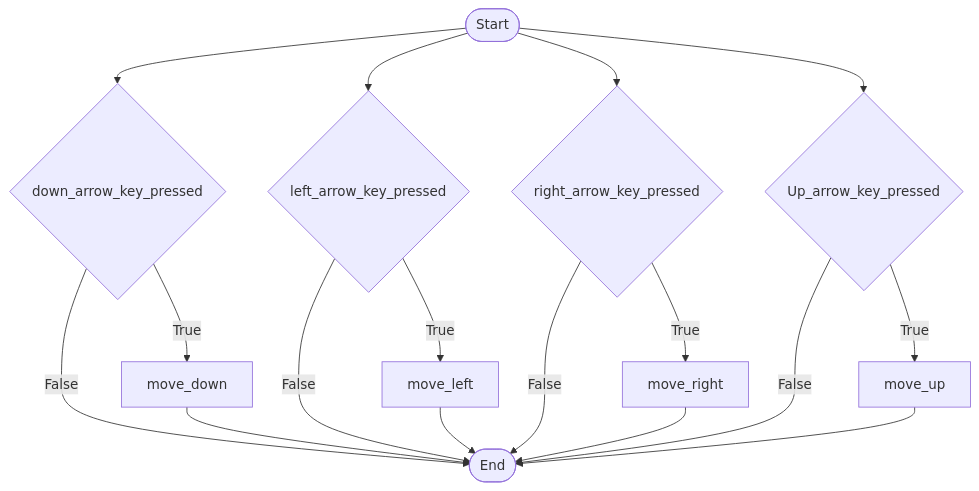
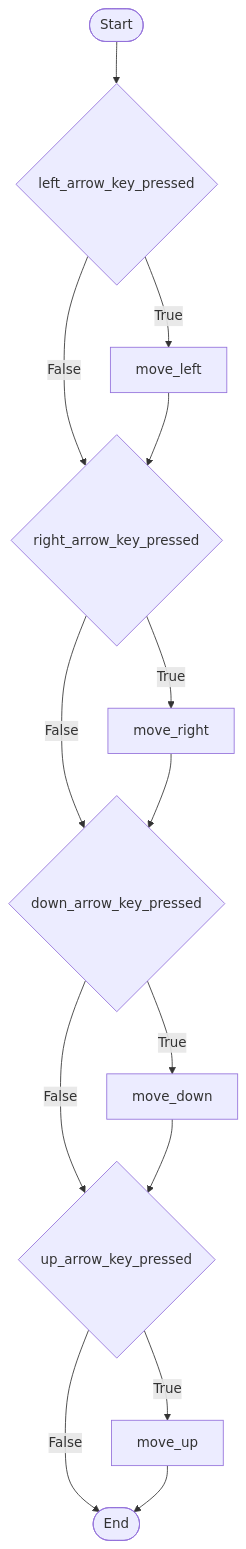
Before and after one commit to Carterpearce/SDF-Space-Invaders: the first of 3 diagrams in logic.md, drawn with Mermaid. The commit also changed 2 other files, not shown here.

Commit message:
programming logic
logic.md finished and space station size update

````diff
--- a/logic.md
+++ b/logic.md
@@ -7,27 +7,27 @@
  ```mermaid
 flowchart TD
     terminalStart([Start])
     %% Comment
     terminalEnd([End])
-    Up_arrow_key_pressed{Up_arrow_key_pressed}
+    up_arrow_key_pressed{up_arrow_key_pressed}
     down_arrow_key_pressed{down_arrow_key_pressed}
     right_arrow_key_pressed{right_arrow_key_pressed}
     left_arrow_key_pressed{left_arrow_key_pressed}
 
-    terminalStart --> Up_arrow_key_pressed
-    terminalStart --> down_arrow_key_pressed
+    terminalStart --> left_arrow_key_pressed
+  
     down_arrow_key_pressed --> |True| move_down
-    down_arrow_key_pressed --> |False| terminalEnd
-    move_down --> terminalEnd
-    terminalStart --> left_arrow_key_pressed
+    down_arrow_key_pressed --> |False| up_arrow_key_pressed
+    move_down --> up_arrow_key_pressed
+   
     left_arrow_key_pressed --> |True| move_left
-    left_arrow_key_pressed --> |False| terminalEnd
-    move_left --> terminalEnd
-     terminalStart --> right_arrow_key_pressed
+    left_arrow_key_pressed --> |False| right_arrow_key_pressed
+    move_left --> right_arrow_key_pressed
+
     right_arrow_key_pressed --> |True| move_right
-    right_arrow_key_pressed --> |False| terminalEnd
-    move_right --> terminalEnd
-    Up_arrow_key_pressed --> |True| move_up
-    Up_arrow_key_pressed --> |False| terminalEnd
+    right_arrow_key_pressed --> |False| down_arrow_key_pressed
+    move_right --> down_arrow_key_pressed
+    up_arrow_key_pressed --> |True| move_up
+    up_arrow_key_pressed --> |False| terminalEnd
     move_up --> terminalEnd
 ```
````
